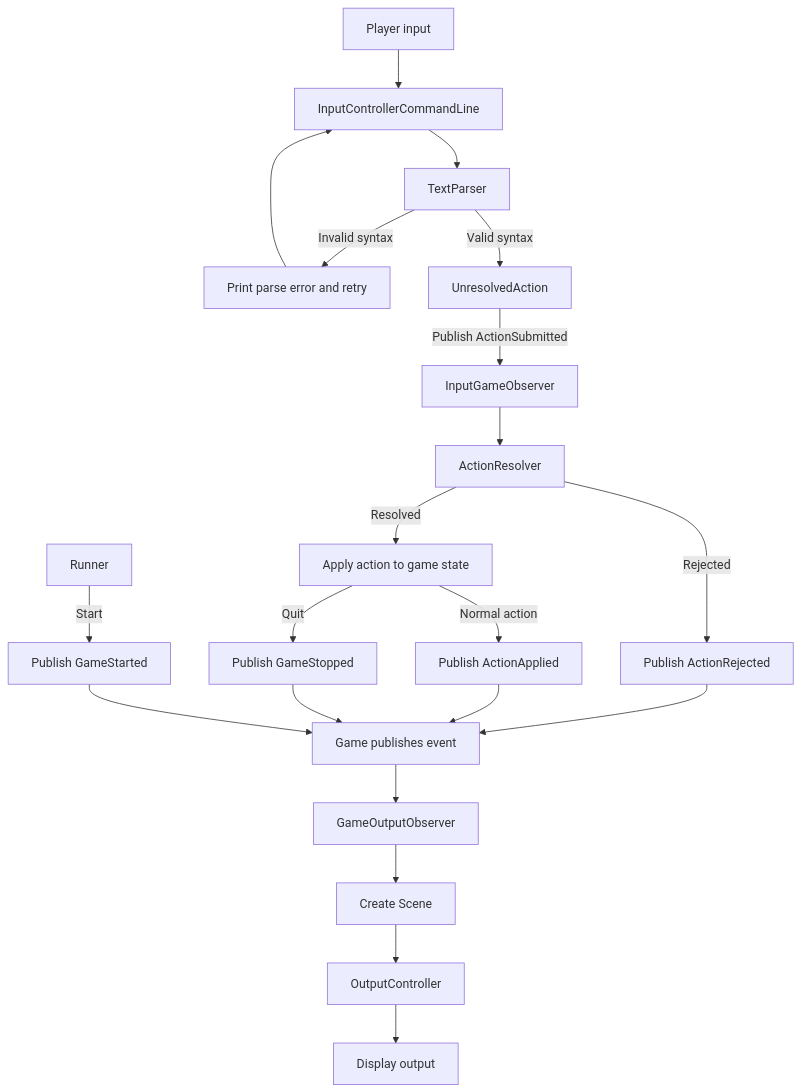
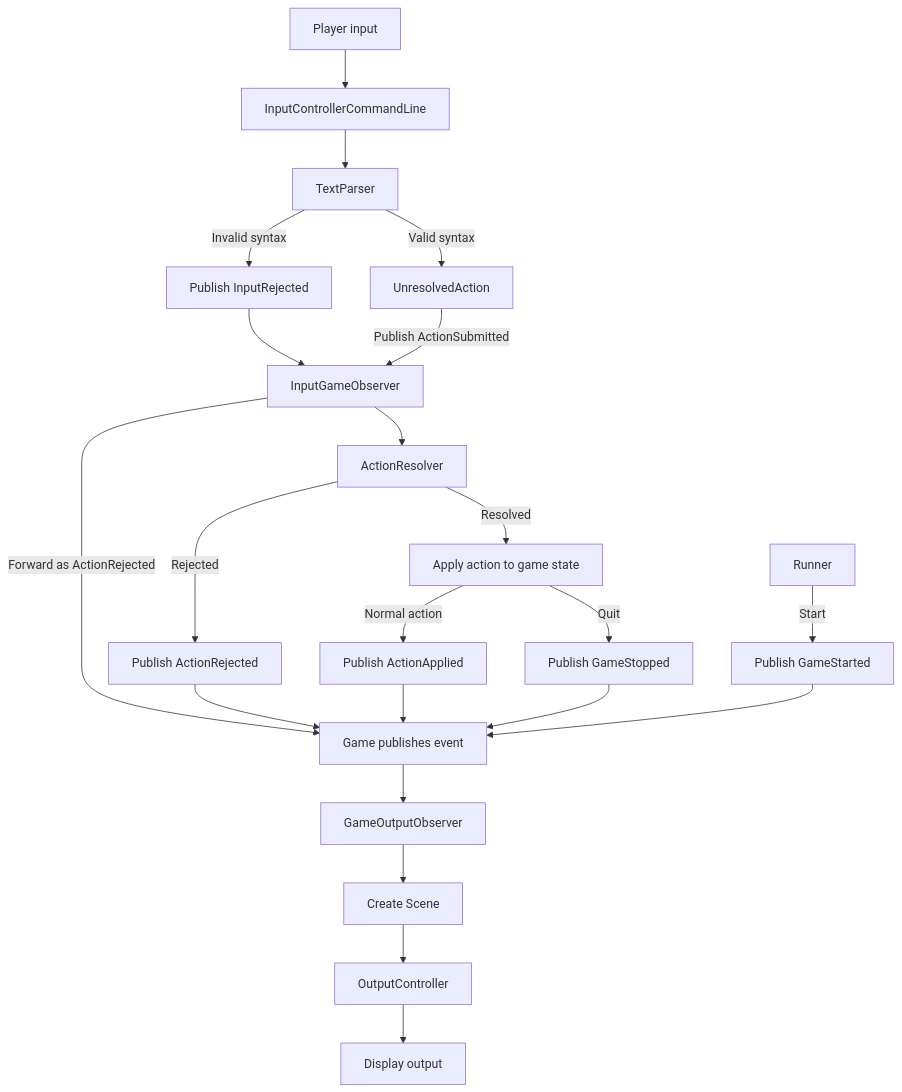
The diagram in ARCHITECTURE.md (howellcalcifer/calcifer), drawn with Mermaid before and after one commit. The commit also changed other lines of this file and 7 other files, not shown here.

Commit message:
fix: remove output dependency from input controller

````diff
--- a/ARCHITECTURE.md
+++ b/ARCHITECTURE.md
@@ -16,23 +16,24 @@
 ```mermaid
 flowchart TD
 	User[Player input] --> Controller[InputControllerCommandLine]
 	Controller --> Parser[TextParser]
-	Parser -->|Invalid syntax| ParseError[Print parse error and retry]
-	ParseError --> Controller
+	Parser -->|Invalid syntax| InputRejected[Publish InputRejected]
+	InputRejected --> InputObserver
+	InputObserver -->|Forward as ActionRejected| GameEvent
 	Parser -->|Valid syntax| Unresolved[UnresolvedAction]
 	Unresolved -->|Publish ActionSubmitted| InputObserver[InputGameObserver]
 	InputObserver --> Resolver[ActionResolver]
 	Resolver -->|Rejected| Rejected[Publish ActionRejected]
 	Rejected --> GameEvent[Game publishes event]
 	Resolver -->|Resolved| Apply[Apply action to game state]
 	Apply -->|Normal action| Applied[Publish ActionApplied]
 	Applied --> GameEvent
 	Apply -->|Quit| Stopped[Publish GameStopped]
 	Stopped --> GameEvent
 	Runner[Runner] -->|Start| Started[Publish GameStarted]
 	Started --> GameEvent
 	GameEvent --> OutputObserver[GameOutputObserver]
 	OutputObserver --> Scene[Create Scene]
 	Scene --> OutputController[OutputController]
 	OutputController --> Player[Display output]
 ```
````
